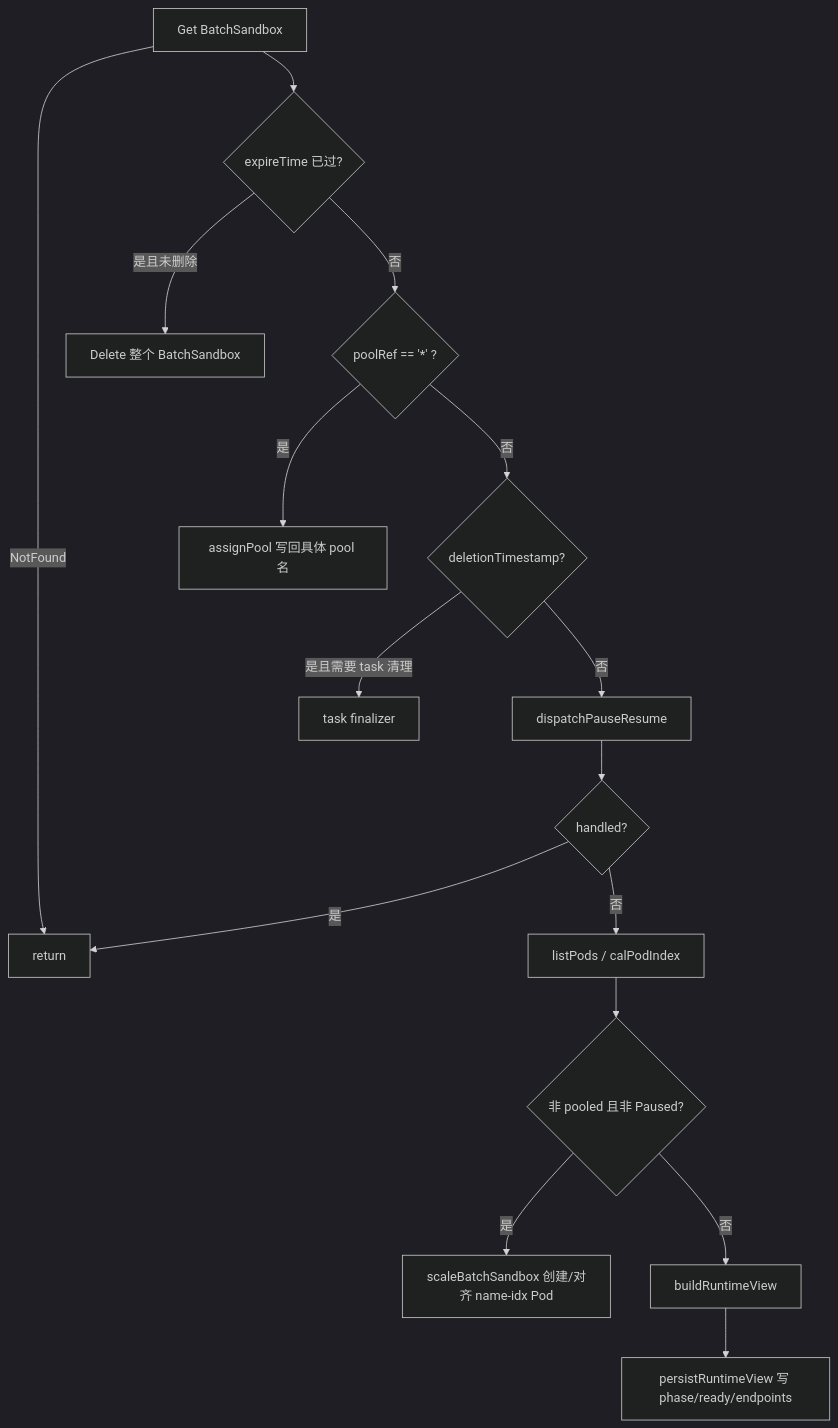
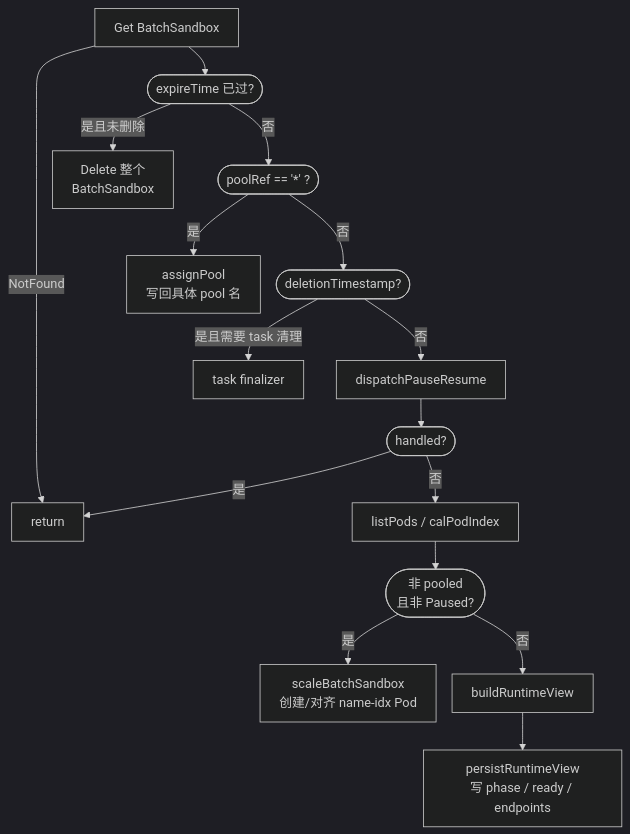
Before and after one commit to forrestIsRunning/kind-k8s-learning: the fifth of 7 diagrams in docs/opensandbox-operator.md, drawn with Mermaid (dark theme). The commit also changed other lines of this file and 2 other files, not shown here.

Commit message:
Stop mermaid diagrams from clipping labels and bottoms.

````diff
--- a/docs/opensandbox-operator.md
+++ b/docs/opensandbox-operator.md
@@ -185,18 +225,28 @@
 ```mermaid
+---
+config:
+  flowchart:
+    htmlLabels: true
+    wrappingWidth: 200
+    padding: 12
+    useMaxWidth: false
+    rankSpacing: 35
+    nodeSpacing: 20
+---
 flowchart TD
   A["Get BatchSandbox"] -->|NotFound| Z["return"]
-  A --> B{"expireTime 已过?"}
-  B -->|是且未删除| B1["Delete 整个 BatchSandbox"]
-  B -->|否| C{"poolRef == '*' ?"}
-  C -->|是| C1["assignPool 写回具体 pool 名"]
-  C -->|否| D{"deletionTimestamp?"}
+  A --> B(["expireTime 已过?"])
+  B -->|是且未删除| B1["Delete 整个<br/>BatchSandbox"]
+  B -->|否| C(["poolRef == '*' ?"])
+  C -->|是| C1["assignPool<br/>写回具体 pool 名"]
+  C -->|否| D(["deletionTimestamp?"])
   D -->|是且需要 task 清理| D1["task finalizer"]
   D -->|否| E["dispatchPauseResume"]
-  E --> F{"handled?"}
+  E --> F(["handled?"])
   F -->|是| Z
   F -->|否| G["listPods / calPodIndex"]
-  G --> H{"非 pooled 且非 Paused?"}
-  H -->|是| H1["scaleBatchSandbox 创建/对齐 name-idx Pod"]
+  G --> H(["非 pooled<br/>且非 Paused?"])
+  H -->|是| H1["scaleBatchSandbox<br/>创建/对齐 name-idx Pod"]
   H -->|否| I["buildRuntimeView"]
-  I --> J["persistRuntimeView 写 phase/ready/endpoints"]
+  I --> J["persistRuntimeView<br/>写 phase / ready / endpoints"]
 ```
````
